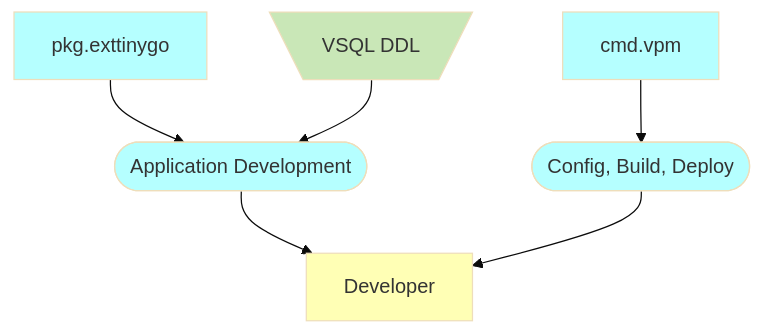
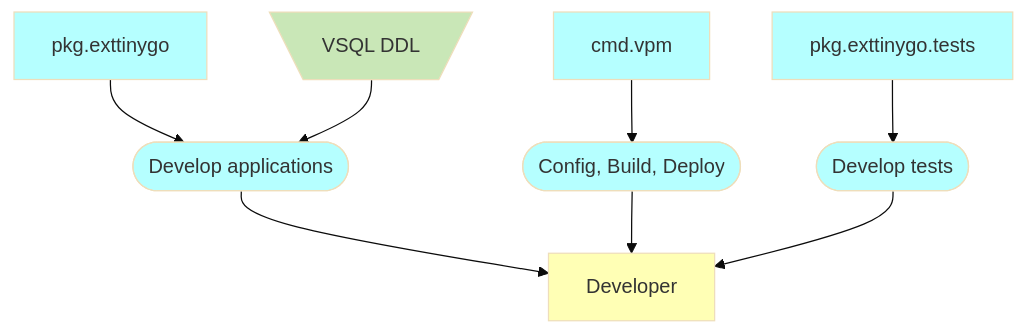
Before and after one commit to voedger/voedger-internals: the second of 2 diagrams in README.md, drawn with Mermaid (base theme). The commit also changed other lines of this file and 16 other files, not shown here.

````diff
--- a/README.md
+++ b/README.md
@@ -71,30 +67,35 @@
 ```mermaid
     graph TD
 
     %% Entities ====================
 
     Developer[Developer]:::B
+    DevelopTests([Develop tests]):::S
+    DevelopApps([Develop applications]):::S
 
     vsqlddl[\VSQL DDL/]:::H  
     pkg.exttinygo:::S
+    pkg.exttinygo.tests:::S
     cmd.vpm:::S
 
     CBD([Config, Build, Deploy]):::S
-    Coding([Application Development]):::S
 
 
     %% Relations ====================
 
-    pkg.exttinygo --> Coding
-    vsqlddl --> Coding
+    pkg.exttinygo --> DevelopApps
+    vsqlddl --> DevelopApps
     
+    pkg.exttinygo.tests --> DevelopTests
+
     cmd.vpm --> CBD
 
-    Coding --> Developer
+    DevelopApps --> Developer
     CBD --> Developer
+    DevelopTests --> Developer
 
     classDef B fill:#FFFFB5,color:#333
     classDef S fill:#B5FFFF,color:#333
     classDef H fill:#C9E7B7,color:#333
     classDef G fill:#ffffff15, stroke:#999, stroke-width:2px, stroke-dasharray: 5 5
 ```
````
